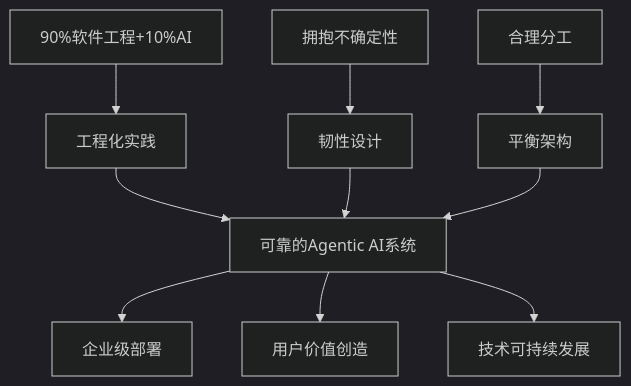
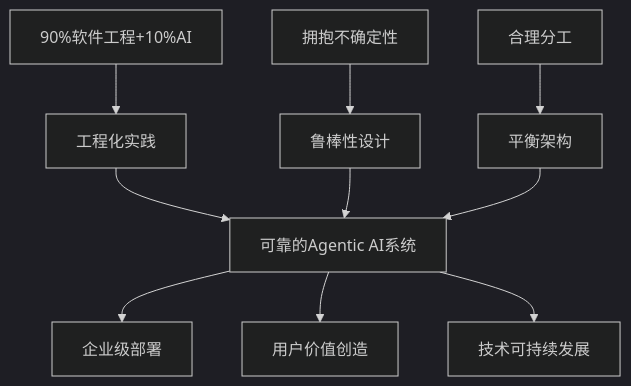
Before and after one commit to youyoude/agi-app-dev-guide-book: the sixth of 6 diagrams in 第零部分_Agentic_AI应用的基础认知/0.2_为什么需要新的开发理念.md, drawn with Mermaid (dark theme). The commit also changed other lines of this file, not shown here.

````diff
--- a/第零部分_Agentic_AI应用的基础认知/0.2_为什么需要新的开发理念.md
+++ b/第零部分_Agentic_AI应用的基础认知/0.2_为什么需要新的开发理念.md
@@ -316,14 +329,14 @@
 ```mermaid
 graph TB
     A[90%软件工程+10%AI] --> D[工程化实践]
-    B[拥抱不确定性] --> E[韧性设计]
+    B[拥抱不确定性] --> E[鲁棒性设计]
     C[合理分工] --> F[平衡架构]
     
     D --> G[可靠的Agentic AI系统]
     E --> G
     F --> G
     
     G --> H[企业级部署]
     G --> I[用户价值创造]
     G --> J[技术可持续发展]
 ```
````
